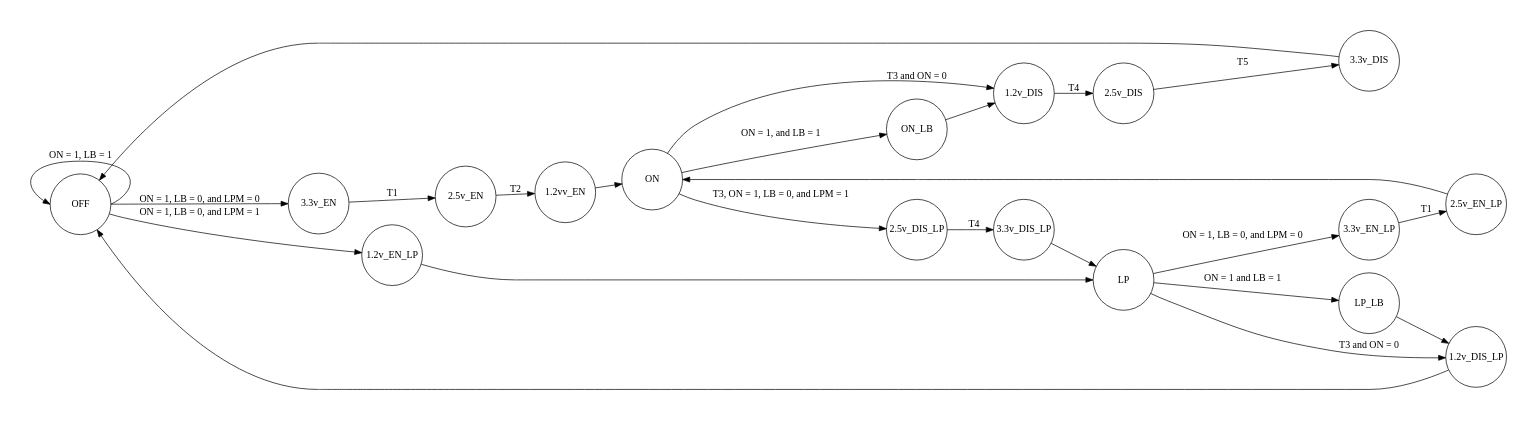
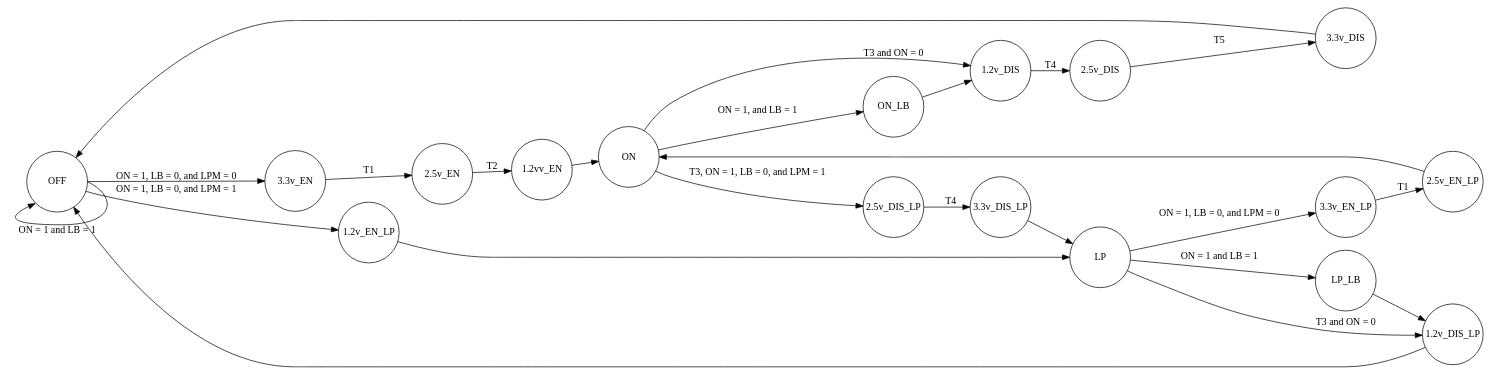
The diagram in Lab 2/lab2_fsm.dot (dan-olsen/ECE428), drawn with Graphviz before and after one commit. The commit also changed 1 other file, not shown here.

Commit message:
Remove empty node and change OFF loopback

```diff
--- a/Lab 2/lab2_fsm.dot
+++ b/Lab 2/lab2_fsm.dot
@@ -1,48 +1,45 @@
 digraph finite_state_machine {
-	pad=0.5;
 	rankdir=LR;
 	node [shape = circle, fixedsize = true, width = "1.2v5", height = "1.2v5"];
-	//EMPTY [style = invis];
-	//EMPTY -> OFF [style = invis];
-	OFF:e -> OFF:w [label = "ON = 1, LB = 1"];
+	OFF:e -> OFF:sw [label = "ON = 1 and LB = 1"];
 	OFF -> EN_33 [label = "ON = 1, LB = 0, and LPM = 0"];
 	OFF -> EN_12_LP [label = "ON = 1, LB = 0, and LPM = 1"];
 	EN_12_LP -> LP;
 	LP -> EN_33_LP [label = "ON = 1, LB = 0, and LPM = 0"];
 	LP -> DIS_12_LP [label = "T3 and ON = 0"];
 	EN_33 -> EN_25 [label = "T1"];
 	EN_25 -> EN_12 [label = "T2"];
 	EN_12 -> ON;
 	ON -> DIS_12 [label = "T3 and ON = 0"];
 	DIS_33 -> OFF;
 	DIS_25 -> DIS_33 [label = "T5"];
 	DIS_12 -> DIS_25 [label = "T4"];
 	ON -> ON_LB [label = "ON = 1, and LB = 1"];
 	ON_LB -> DIS_12;
 	LP -> LP_LB [label = "ON = 1 and LB = 1"];
 	EN_33_LP -> EN_25_LP [label = "T1"];
 	EN_25_LP -> ON;
 	ON -> DIS_25_LP [label = "T3, ON = 1, LB = 0, and LPM = 1"];
 	DIS_33_LP -> LP;
 	DIS_25_LP -> DIS_33_LP [label = "T4"];
 	DIS_12_LP -> OFF;
 	LP_LB -> DIS_12_LP;
 
 	OFF  [label = "OFF"];
 	EN_33 [label = "3.3v_EN"];
 	EN_25 [label = "2.5v_EN"];
 	EN_12 [label = "1.2vv_EN"];
 	ON [label = "ON"];
 	ON_LB [label = "ON_LB"];
 	DIS_33 [label = "3.3v_DIS"];
 	DIS_25 [label = "2.5v_DIS"];
 	DIS_12 [label = "1.2v_DIS"];
 	EN_12_LP [label = "1.2v_EN_LP"];
 	LP [label = "LP"];
 	LP_LB [label = "LP_LB"];
 	EN_33_LP [label = "3.3v_EN_LP"];
 	EN_25_LP [label = "2.5v_EN_LP"];
 	DIS_33_LP [label = "3.3v_DIS_LP"];
 	DIS_25_LP [label = "2.5v_DIS_LP"];
 	DIS_12_LP [label = "1.2v_DIS_LP"];
 }
```
